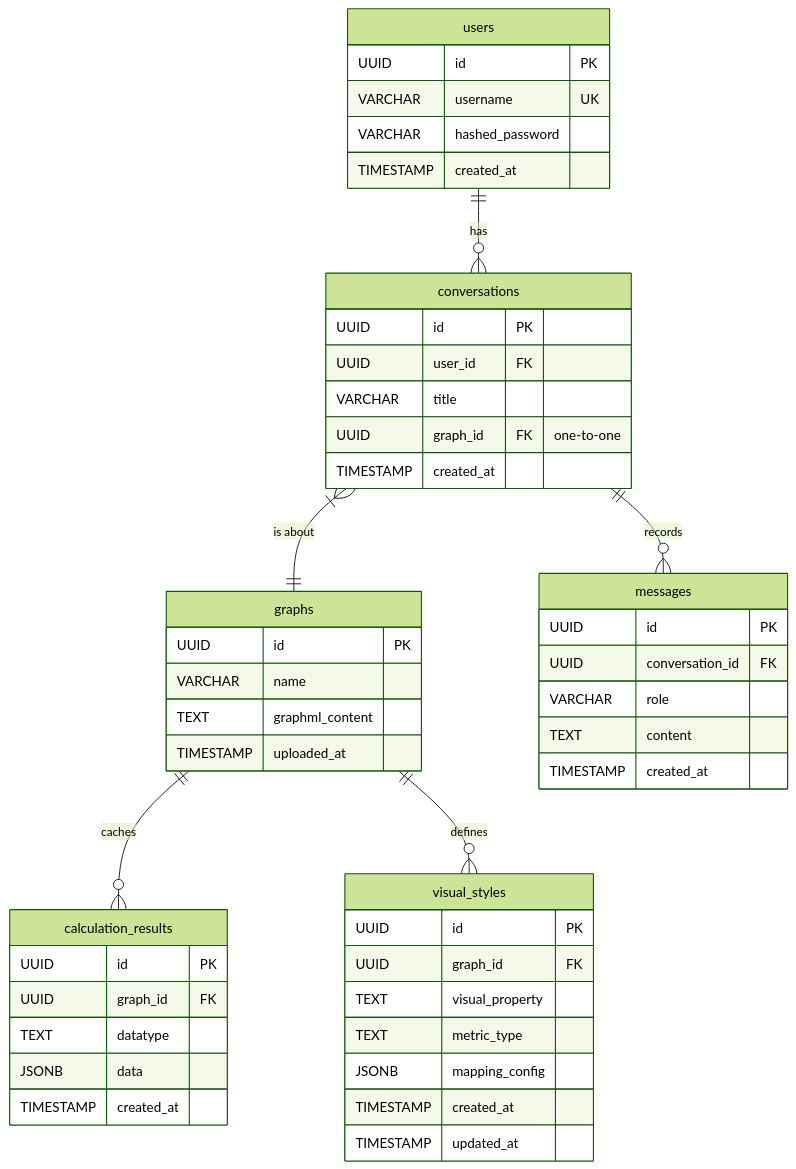
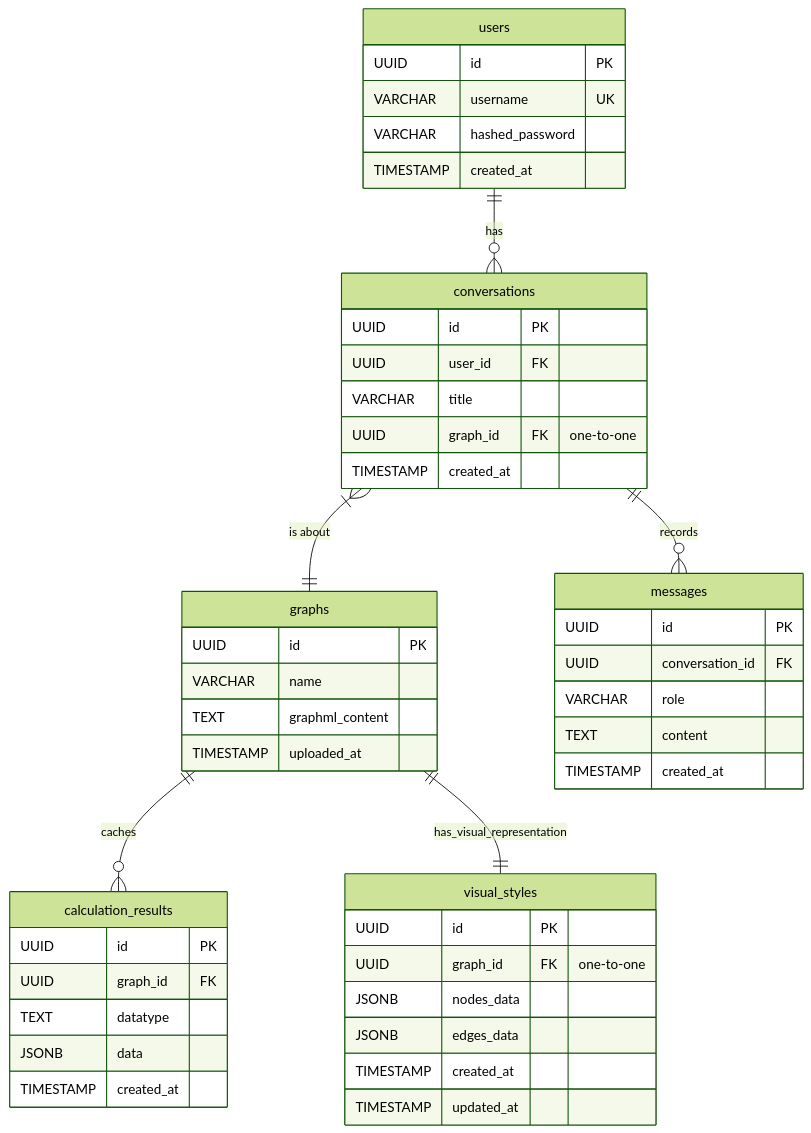
Before and after one commit to vdslab/LLMGraphvis: the diagram in specification/database-schema.md, drawn with Mermaid (forest theme). The commit also changed other lines of this file and 4 other files, not shown here.

Commit message:
feat: Implement final rendering data cache in visual_styles and update docs

````diff
--- a/specification/database-schema.md
+++ b/specification/database-schema.md
@@ -11,56 +11,55 @@
 ```mermaid
 erDiagram
     users ||--o{ conversations : "has"
     conversations }|--|| graphs : "is about"
     conversations ||--o{ messages : "records"
     graphs ||--o{ calculation_results : "caches"
-    graphs ||--o{ visual_styles : "defines"
+    graphs ||--|| visual_styles : "has_visual_representation"
 
     users {
         UUID id PK
         VARCHAR username UK
         VARCHAR hashed_password
         TIMESTAMP created_at
     }
 
     conversations {
         UUID id PK
         UUID user_id FK
         VARCHAR title
         UUID graph_id FK "one-to-one"
         TIMESTAMP created_at
     }
 
     graphs {
         UUID id PK
         VARCHAR name
         TEXT graphml_content
         TIMESTAMP uploaded_at
     }
 
     messages {
         UUID id PK
         UUID conversation_id FK
         VARCHAR role
         TEXT content
         TIMESTAMP created_at
     }
 
     calculation_results {
         UUID id PK
         UUID graph_id FK
         TEXT datatype
         JSONB data
         TIMESTAMP created_at
     }
 
     visual_styles {
         UUID id PK
-        UUID graph_id FK
-        TEXT visual_property
-        TEXT metric_type
-        JSONB mapping_config
+        UUID graph_id FK "one-to-one"
+        JSONB nodes_data
+        JSONB edges_data
         TIMESTAMP created_at
         TIMESTAMP updated_at
     }
 ```
````
